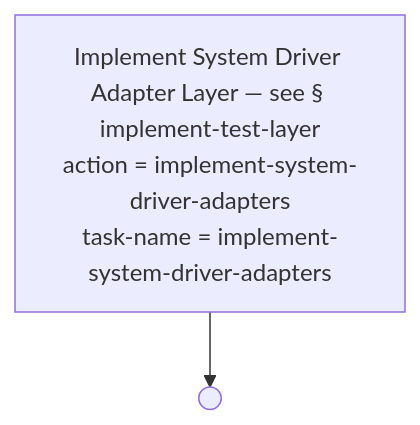
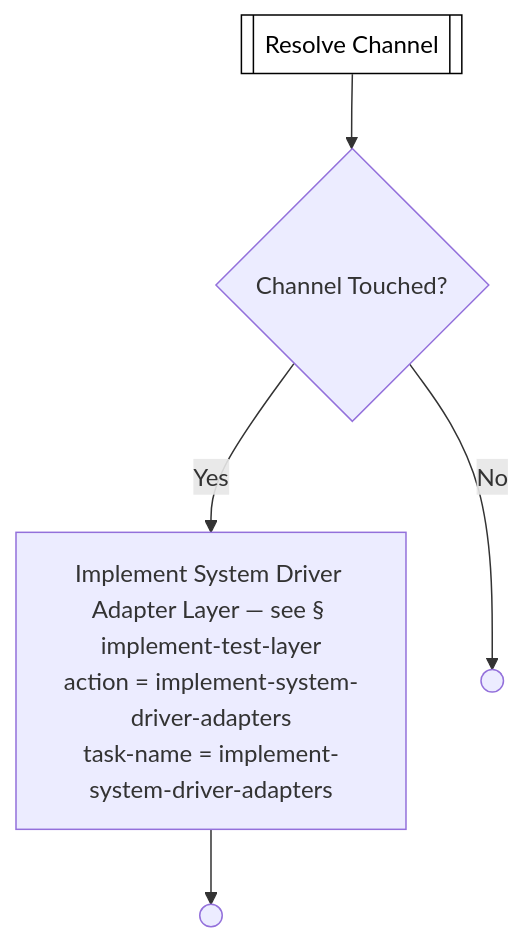
Before and after one commit to optivem/gh-optivem: diagram 18 of 52 in docs/process-diagram.md, drawn with Mermaid. The commit also changed other lines of this file and 3 other files, not shown here.

Commit message:
atdd: regenerate process-flow diagram

````diff
--- a/docs/process-diagram.md
+++ b/docs/process-diagram.md
@@ -357,7 +359,16 @@
 ```mermaid
 flowchart TD
+    RESOLVE_CHANNEL[[Resolve Channel]]
+    GATE_CHANNEL_TOUCHED{Channel Touched?}
     IMPLEMENT_TEST_LAYER["Implement System Driver Adapter Layer — see § implement-test-layer<br/>action = implement-system-driver-adapters<br/>task-name = implement-system-driver-adapters"]
+    CHANNEL_SKIPPED(( ))
     IMPL_SYS_DRIVER_END(( ))
 
+    RESOLVE_CHANNEL --> GATE_CHANNEL_TOUCHED
+    GATE_CHANNEL_TOUCHED -- Yes --> IMPLEMENT_TEST_LAYER
+    GATE_CHANNEL_TOUCHED -- No --> CHANNEL_SKIPPED
     IMPLEMENT_TEST_LAYER --> IMPL_SYS_DRIVER_END
+
+    classDef serviceNode fill:#ffffff,stroke:#000000,stroke-width:1px,color:#000000
+    class RESOLVE_CHANNEL serviceNode
 ```
````
